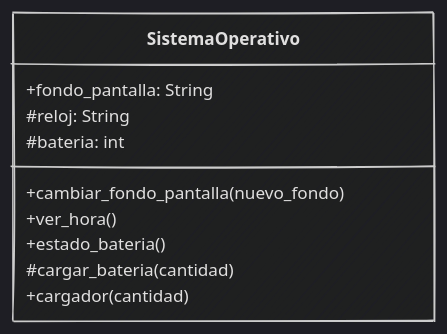
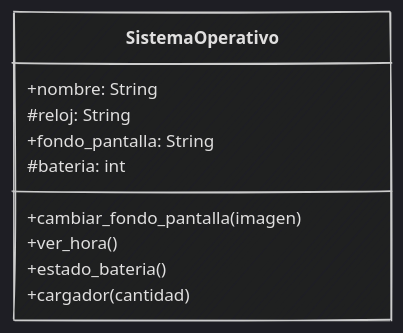
One commit to python-la-paz/python-study-group-oop changed the sixth of 12 diagrams in content/sesion04/Readme.md. Above: the diagram before and after it, drawn with Mermaid. The commit also changed other lines of this file and 4 other files, not shown here.

````diff
--- a/content/sesion04/Readme.md
+++ b/content/sesion04/Readme.md
@@ -585,14 +630,14 @@
 ```mermaid
 %%{init: {"theme": "dark", "look": "handDrawn" }}%%
 classDiagram
     class SistemaOperativo {
+        +nombre: String
+        #reloj: String
         +fondo_pantalla: String
-        #reloj: String
         #bateria: int
-        +cambiar_fondo_pantalla(nuevo_fondo)
+        +cambiar_fondo_pantalla(imagen)
         +ver_hora()
         +estado_bateria()
-        #cargar_bateria(cantidad)
         +cargador(cantidad)
-    }    
+    }
 ```
````
